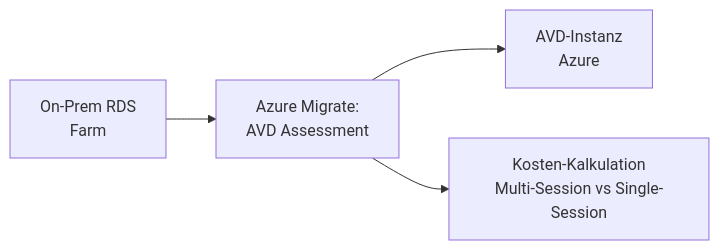
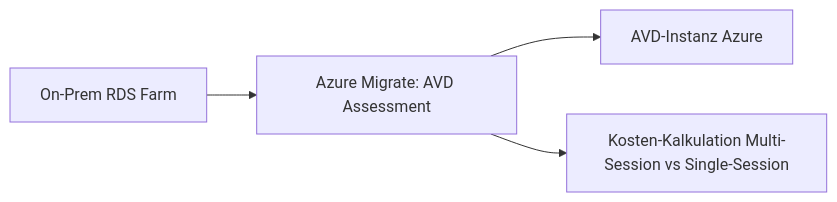
The eighth of 8 diagrams in Microsoft 365/Azure/Monitor und Management/Azure Migrate.md (SoniiiT/notes-n-docs), drawn with Mermaid before and after one commit. The commit also changed other lines of this file and 124 other files, not shown here.

First line of the commit message:
fix: Entferne \n aus allen Mermaid-Diagrammen (125 Dateien)

````diff
--- a/Microsoft 365/Azure/Monitor und Management/Azure Migrate.md
+++ b/Microsoft 365/Azure/Monitor und Management/Azure Migrate.md
@@ -371,6 +371,6 @@
 ```mermaid
 graph LR
-    A[On-Prem RDS\nFarm] --> B[Azure Migrate:\nAVD Assessment]
-    B --> C[AVD-Instanz\nAzure]
-    B --> D[Kosten-Kalkulation\nMulti-Session vs Single-Session]
+    A[On-Prem RDS Farm] --> B[Azure Migrate: AVD Assessment]
+    B --> C[AVD-Instanz Azure]
+    B --> D[Kosten-Kalkulation Multi-Session vs Single-Session]
 ```
````
